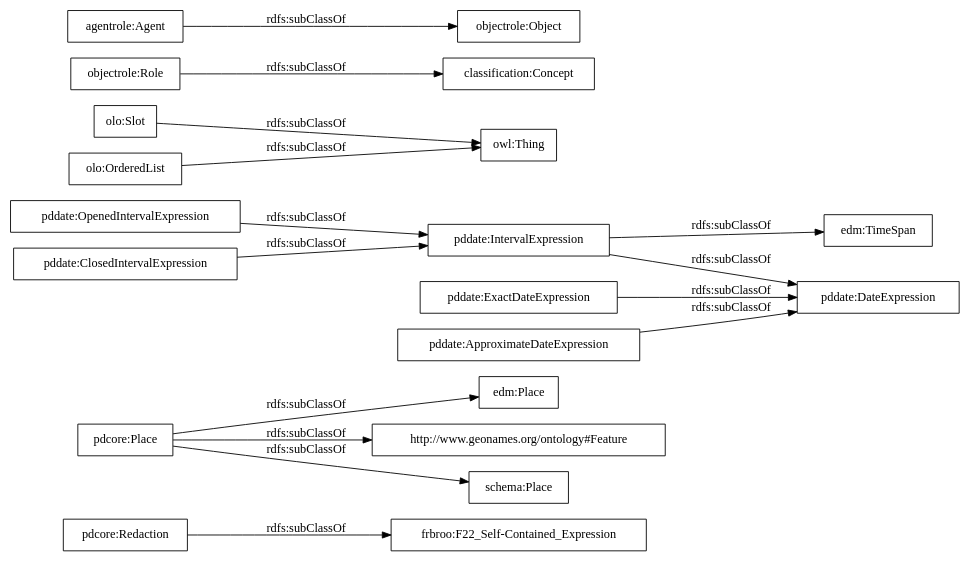
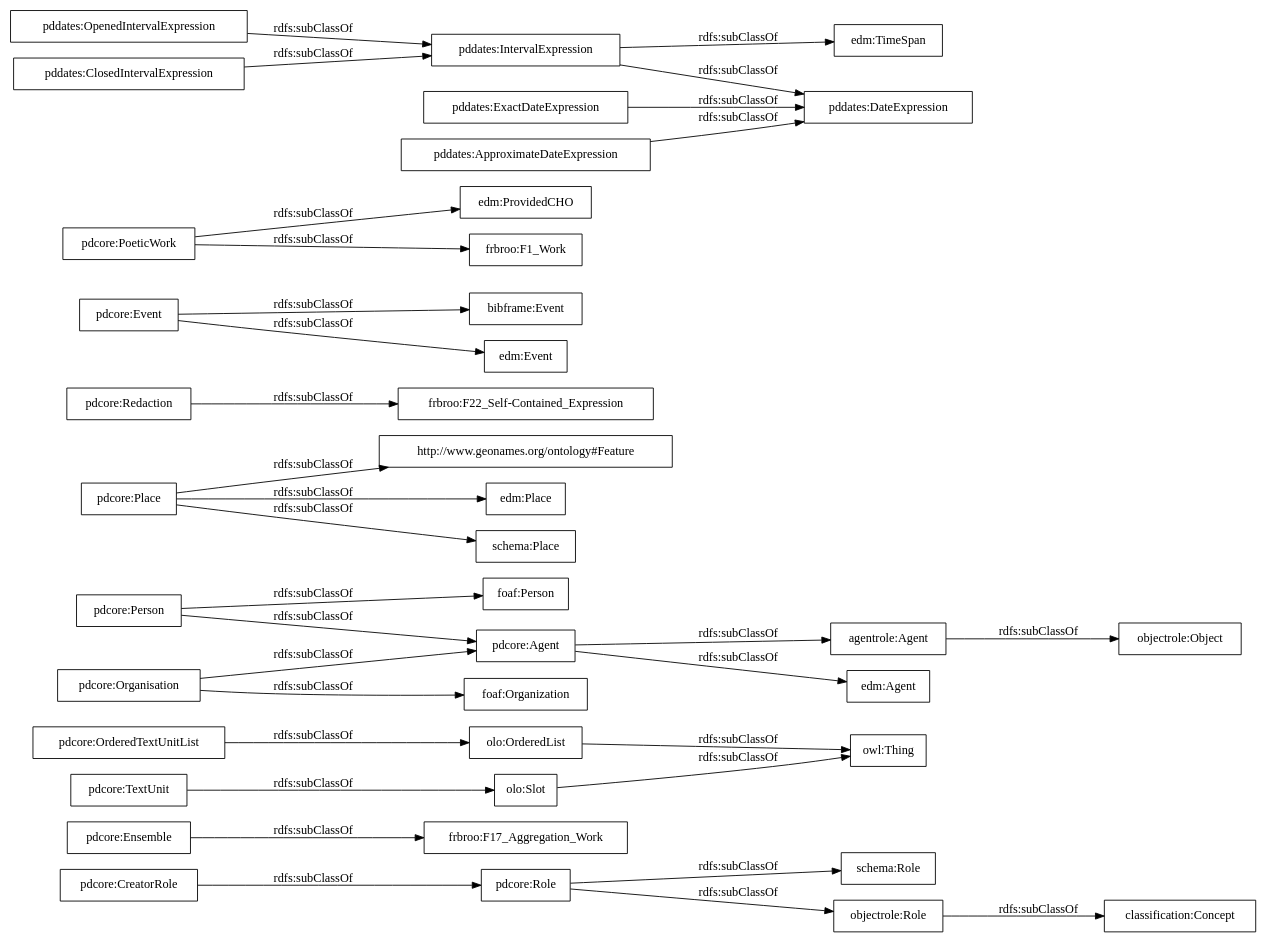
The diagram in OnToology/postdata-core.owl/diagrams/ar2dtool-taxonomy/postdata-core.owl.png.dot (linhd-postdata/core-ontology), drawn with Graphviz before and after one commit. The commit also changed 12 other files, not shown here.

```diff
--- a/OnToology/postdata-core.owl/diagrams/ar2dtool-taxonomy/postdata-core.owl.png.dot
+++ b/OnToology/postdata-core.owl/diagrams/ar2dtool-taxonomy/postdata-core.owl.png.dot
@@ -1,20 +1,36 @@
 digraph ar2dtool_diagram { 
 rankdir=LR;
 size="1000"
-node [shape = rectangle, color="black"]; "frbroo:F22_Self-Contained_Expression" "edm:Place" "pdcore:Redaction" "http://www.geonames.org/ontology#Feature" "pdcore:Place" "schema:Place" "pddate:OpenedIntervalExpression" "pddate:ClosedIntervalExpression" "pddate:IntervalExpression" "pddate:ExactDateExpression" "edm:TimeSpan" "pddate:DateExpression" "pddate:ApproximateDateExpression" "owl:Thing" "objectrole:Role" "objectrole:Object" "agentrole:Agent" "olo:Slot" "olo:OrderedList" "classification:Concept" ; /*classes style*/
+node [shape = rectangle, color="black"]; "pdcore:Role" "frbroo:F17_Aggregation_Work" "pdcore:OrderedTextUnitList" "agentrole:Agent" "http://www.geonames.org/ontology#Feature" "edm:Agent" "pdcore:Agent" "pdcore:CreatorRole" "pdcore:Person" "pdcore:Organisation" "edm:Place" "pdcore:Redaction" "pdcore:Ensemble" "foaf:Person" "frbroo:F22_Self-Contained_Expression" "bibframe:Event" "edm:Event" "pdcore:TextUnit" "foaf:Organization" "edm:ProvidedCHO" "pdcore:Place" "schema:Place" "pdcore:Event" "pdcore:PoeticWork" "frbroo:F1_Work" "schema:Role" "pddates:OpenedIntervalExpression" "pddates:ClosedIntervalExpression" "pddates:IntervalExpression" "pddates:ExactDateExpression" "edm:TimeSpan" "pddates:DateExpression" "pddates:ApproximateDateExpression" "owl:Thing" "objectrole:Role" "objectrole:Object" "olo:Slot" "olo:OrderedList" "classification:Concept" ; /*classes style*/
+	"pdcore:Person" -> "foaf:Person" [ label = "rdfs:subClassOf" ];
+	"pdcore:Person" -> "pdcore:Agent" [ label = "rdfs:subClassOf" ];
+	"agentrole:Agent" -> "objectrole:Object" [ label = "rdfs:subClassOf" ];
+	"pdcore:PoeticWork" -> "frbroo:F1_Work" [ label = "rdfs:subClassOf" ];
+	"pdcore:PoeticWork" -> "edm:ProvidedCHO" [ label = "rdfs:subClassOf" ];
+	"objectrole:Role" -> "classification:Concept" [ label = "rdfs:subClassOf" ];
+	"pddates:ClosedIntervalExpression" -> "pddates:IntervalExpression" [ label = "rdfs:subClassOf" ];
+	"pdcore:Agent" -> "agentrole:Agent" [ label = "rdfs:subClassOf" ];
+	"pdcore:Agent" -> "edm:Agent" [ label = "rdfs:subClassOf" ];
+	"pddates:ApproximateDateExpression" -> "pddates:DateExpression" [ label = "rdfs:subClassOf" ];
+	"olo:Slot" -> "owl:Thing" [ label = "rdfs:subClassOf" ];
+	"pddates:OpenedIntervalExpression" -> "pddates:IntervalExpression" [ label = "rdfs:subClassOf" ];
+	"pdcore:Organisation" -> "foaf:Organization" [ label = "rdfs:subClassOf" ];
+	"pdcore:Organisation" -> "pdcore:Agent" [ label = "rdfs:subClassOf" ];
+	"pdcore:Ensemble" -> "frbroo:F17_Aggregation_Work" [ label = "rdfs:subClassOf" ];
+	"olo:OrderedList" -> "owl:Thing" [ label = "rdfs:subClassOf" ];
+	"pdcore:TextUnit" -> "olo:Slot" [ label = "rdfs:subClassOf" ];
 	"pdcore:Redaction" -> "frbroo:F22_Self-Contained_Expression" [ label = "rdfs:subClassOf" ];
-	"pddate:ClosedIntervalExpression" -> "pddate:IntervalExpression" [ label = "rdfs:subClassOf" ];
-	"pddate:IntervalExpression" -> "edm:TimeSpan" [ label = "rdfs:subClassOf" ];
-	"pddate:IntervalExpression" -> "pddate:DateExpression" [ label = "rdfs:subClassOf" ];
-	"olo:OrderedList" -> "owl:Thing" [ label = "rdfs:subClassOf" ];
-	"olo:Slot" -> "owl:Thing" [ label = "rdfs:subClassOf" ];
-	"agentrole:Agent" -> "objectrole:Object" [ label = "rdfs:subClassOf" ];
-	"pddate:ExactDateExpression" -> "pddate:DateExpression" [ label = "rdfs:subClassOf" ];
-	"pddate:ApproximateDateExpression" -> "pddate:DateExpression" [ label = "rdfs:subClassOf" ];
-	"pddate:OpenedIntervalExpression" -> "pddate:IntervalExpression" [ label = "rdfs:subClassOf" ];
-	"objectrole:Role" -> "classification:Concept" [ label = "rdfs:subClassOf" ];
-	"pdcore:Place" -> "http://www.geonames.org/ontology#Feature" [ label = "rdfs:subClassOf" ];
 	"pdcore:Place" -> "edm:Place" [ label = "rdfs:subClassOf" ];
 	"pdcore:Place" -> "schema:Place" [ label = "rdfs:subClassOf" ];
+	"pdcore:Place" -> "http://www.geonames.org/ontology#Feature" [ label = "rdfs:subClassOf" ];
+	"pdcore:CreatorRole" -> "pdcore:Role" [ label = "rdfs:subClassOf" ];
+	"pdcore:Role" -> "objectrole:Role" [ label = "rdfs:subClassOf" ];
+	"pdcore:Role" -> "schema:Role" [ label = "rdfs:subClassOf" ];
+	"pddates:IntervalExpression" -> "edm:TimeSpan" [ label = "rdfs:subClassOf" ];
+	"pddates:IntervalExpression" -> "pddates:DateExpression" [ label = "rdfs:subClassOf" ];
+	"pdcore:OrderedTextUnitList" -> "olo:OrderedList" [ label = "rdfs:subClassOf" ];
+	"pddates:ExactDateExpression" -> "pddates:DateExpression" [ label = "rdfs:subClassOf" ];
+	"pdcore:Event" -> "edm:Event" [ label = "rdfs:subClassOf" ];
+	"pdcore:Event" -> "bibframe:Event" [ label = "rdfs:subClassOf" ];
 
 }
```
